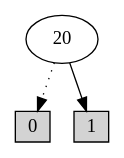
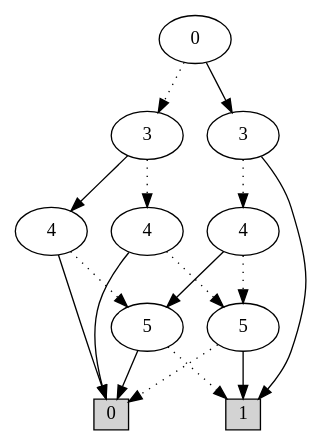
Before and after one commit to MieskeB/2IMF25: the diagram in ass6/res/circuit06/U98_opt.dot, drawn with Graphviz. The commit also changed 830 other files, not shown here.

```diff
--- a/ass6/res/circuit06/U98_opt.dot
+++ b/ass6/res/circuit06/U98_opt.dot
@@ -1,7 +1,28 @@
 digraph G {
 0 [shape=box, label="0", style=filled, shape=box, height=0.3, width=0.3];
 1 [shape=box, label="1", style=filled, shape=box, height=0.3, width=0.3];
-42 [label="20"];
-42 -> 0 [style=dotted];
-42 -> 1 [style=filled];
+263 [label="0"];
+263 -> 219 [style=dotted];
+263 -> 262 [style=filled];
+219 [label="3"];
+219 -> 211 [style=dotted];
+219 -> 204 [style=filled];
+211 [label="4"];
+211 -> 12 [style=dotted];
+211 -> 0 [style=filled];
+12 [label="5"];
+12 -> 0 [style=dotted];
+12 -> 1 [style=filled];
+204 [label="4"];
+204 -> 13 [style=dotted];
+204 -> 0 [style=filled];
+13 [label="5"];
+13 -> 1 [style=dotted];
+13 -> 0 [style=filled];
+262 [label="3"];
+262 -> 250 [style=dotted];
+262 -> 1 [style=filled];
+250 [label="4"];
+250 -> 12 [style=dotted];
+250 -> 13 [style=filled];
 }
```
